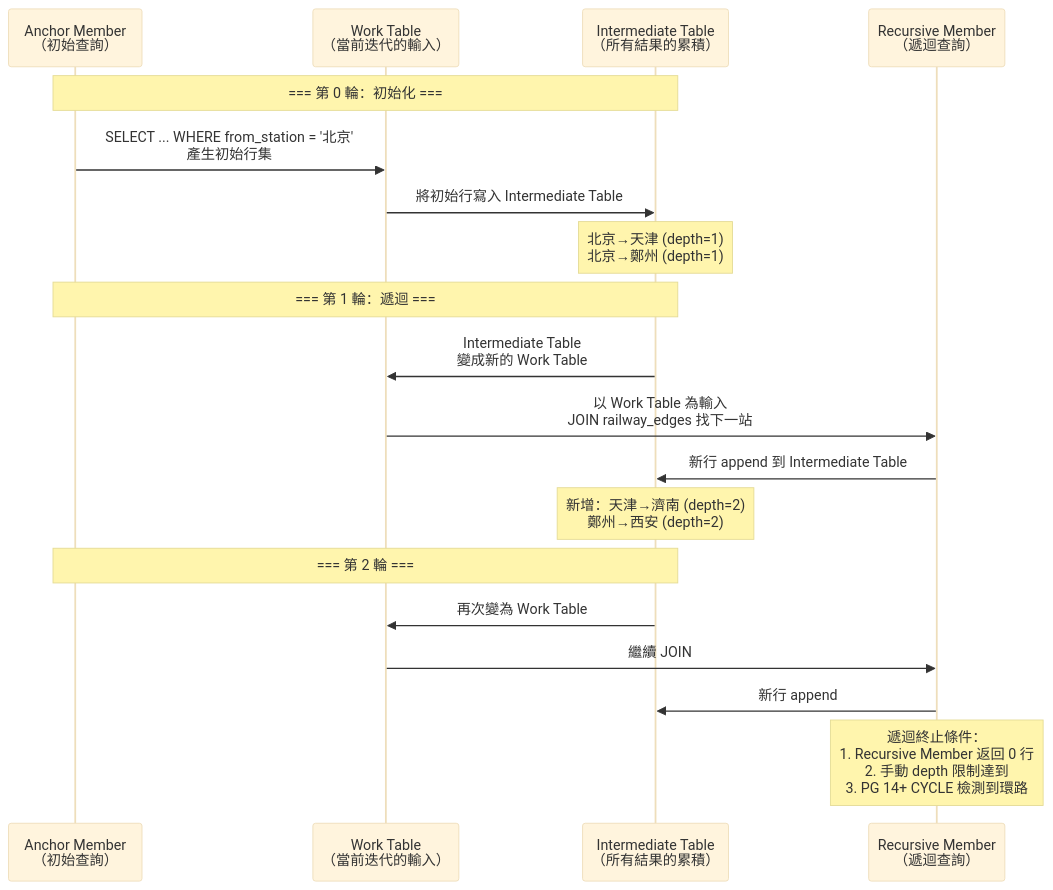
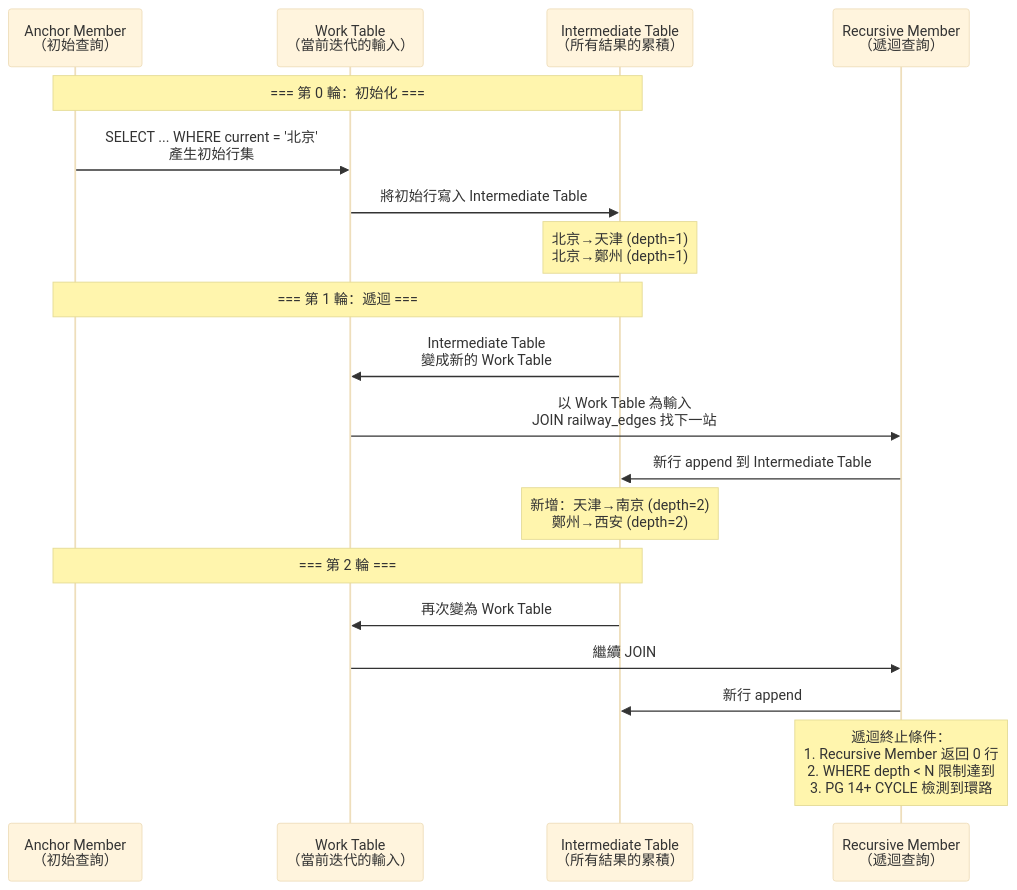
Diagram 39 of 41 in others/others.md (henry-tpwong/postgresql_note), drawn with Mermaid (base theme) before and after one commit. The commit also changed other lines of this file, not shown here.

First line of the commit message:
docs(others): 重構 12306 法寶章節，刪除法寶 7/9，重寫 Recursive CTE

````diff
--- a/others/others.md
+++ b/others/others.md
@@ -4334,25 +4183,25 @@
 ```mermaid
 sequenceDiagram
     participant Anchor as Anchor Member<br>（初始查詢）
     participant WT as Work Table<br>（當前迭代的輸入）
     participant IT as Intermediate Table<br>（所有結果的累積）
     participant Rec as Recursive Member<br>（遞迴查詢）
 
     Note over Anchor,IT: === 第 0 輪：初始化 ===
-    Anchor->>WT: SELECT ... WHERE from_station = '北京'<br>產生初始行集
+    Anchor->>WT: SELECT ... WHERE current = '北京'<br>產生初始行集
     WT->>IT: 將初始行寫入 Intermediate Table
     Note over IT: 北京→天津 (depth=1)<br>北京→鄭州 (depth=1)
 
     Note over Anchor,IT: === 第 1 輪：遞迴 ===
     IT->>WT: Intermediate Table <br>變成新的 Work Table
     WT->>Rec: 以 Work Table 為輸入<br>JOIN railway_edges 找下一站
     Rec->>IT: 新行 append 到 Intermediate Table
-    Note over IT: 新增：天津→濟南 (depth=2)<br>鄭州→西安 (depth=2)
+    Note over IT: 新增：天津→南京 (depth=2)<br>鄭州→西安 (depth=2)
 
     Note over Anchor,IT: === 第 2 輪 ===
     IT->>WT: 再次變為 Work Table
     WT->>Rec: 繼續 JOIN
     Rec->>IT: 新行 append
 
-    Note over Rec: 遞迴終止條件：<br>1. Recursive Member 返回 0 行<br>2. 手動 depth 限制達到<br>3. PG 14+ CYCLE 檢測到環路
+    Note over Rec: 遞迴終止條件：<br>1. Recursive Member 返回 0 行<br>2. WHERE depth < N 限制達到<br>3. PG 14+ CYCLE 檢測到環路
 ```
````
